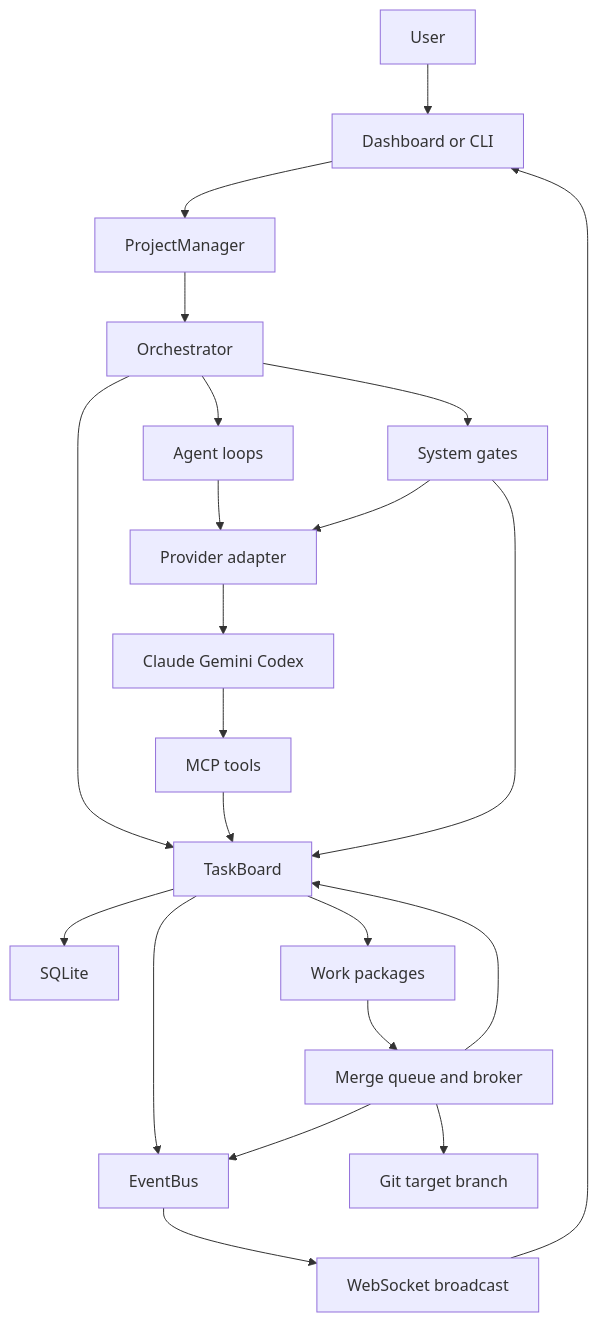
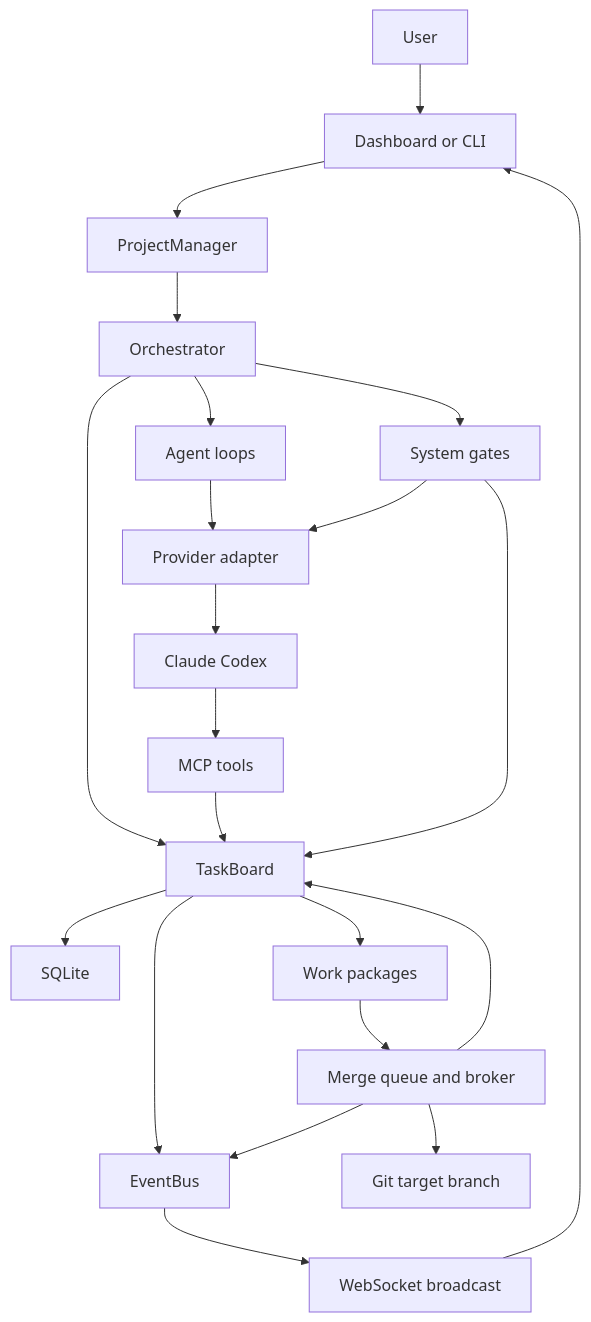
Diagram 21 of 21 in docs/system-design-diagrams.md (nikhilch98/taskbrew), drawn with Mermaid before and after one commit. The commit also changed other lines of this file and 29 other files, not shown here.

````diff
--- a/docs/system-design-diagrams.md
+++ b/docs/system-design-diagrams.md
@@ -1006,31 +1002,31 @@
 ```mermaid
 flowchart TD
     User["User"]
     UI["Dashboard or CLI"]
     PMgr["ProjectManager"]
     Orch["Orchestrator"]
     Board["TaskBoard"]
     DB["SQLite"]
     Bus["EventBus"]
     WS["WebSocket broadcast"]
     Agents["Agent loops"]
     Provider["Provider adapter"]
-    CLIs["Claude Gemini Codex"]
+    CLIs["Claude Codex"]
     MCP["MCP tools"]
     Gates["System gates"]
     Packages["Work packages"]
     Merge["Merge queue and broker"]
     Git["Git target branch"]
 
     User --> UI --> PMgr --> Orch
     Orch --> Board --> DB
     Board --> Bus --> WS --> UI
     Orch --> Agents --> Provider --> CLIs
     CLIs --> MCP --> Board
     Orch --> Gates --> Provider
     Gates --> Board
     Board --> Packages
     Packages --> Merge --> Git
     Merge --> Board
     Merge --> Bus
 ```
````
